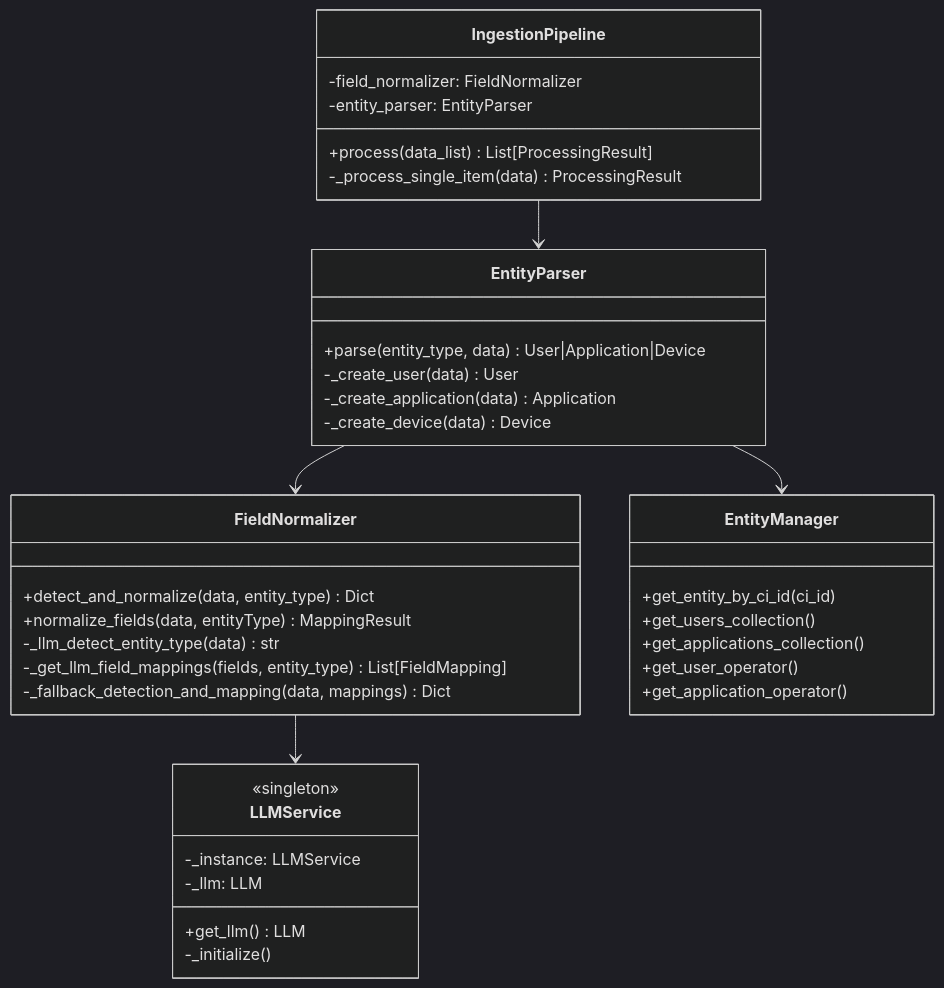
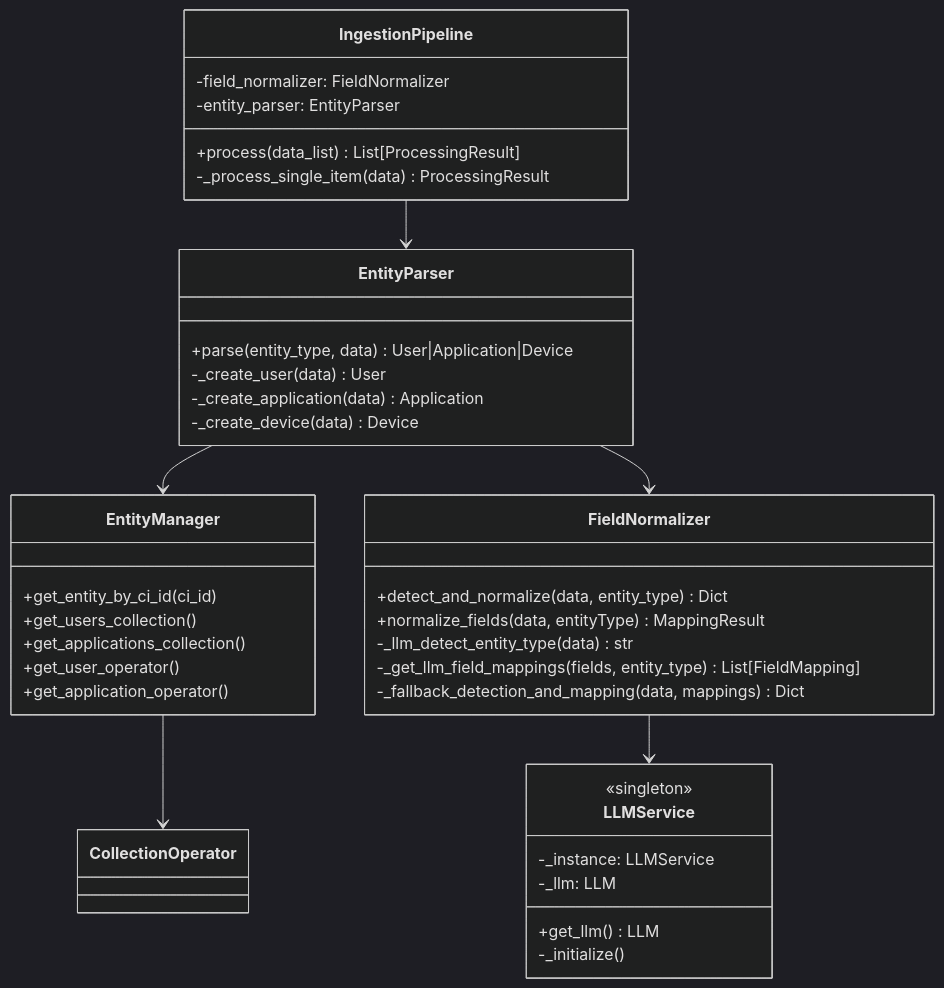
Before and after one commit to scherng/CMDBSvc: the second of 3 diagrams in README.md, drawn with Mermaid (dark theme). The commit also changed other lines of this file and 2 other files, not shown here.

````diff
--- a/README.md
+++ b/README.md
@@ -77,45 +77,46 @@
 ```mermaid
 classDiagram
     class IngestionPipeline {
         -field_normalizer: FieldNormalizer
         -entity_parser: EntityParser
         +process(data_list) List[ProcessingResult]
         -_process_single_item(data) ProcessingResult
     }
 
     class FieldNormalizer {
         +detect_and_normalize(data, entity_type) Dict
         +normalize_fields(data, entityType) MappingResult
         -_llm_detect_entity_type(data) str
         -_get_llm_field_mappings(fields, entity_type) List[FieldMapping]
         -_fallback_detection_and_mapping(data, mappings) Dict
     }
 
     class EntityParser {
         +parse(entity_type, data) User|Application|Device
         -_create_user(data) User
         -_create_application(data) Application
         -_create_device(data) Device
     }
     
     class EntityManager{
         +get_entity_by_ci_id(ci_id)
         +get_users_collection()
         +get_applications_collection()
         +get_user_operator()
         +get_application_operator()
     }
 
     class LLMService {
         <<singleton>>
         -_instance: LLMService
         -_llm: LLM
         +get_llm() LLM
         -_initialize()
     }
 
     IngestionPipeline --> EntityParser
     EntityParser --> EntityManager
+    EntityManager --> CollectionOperator
     EntityParser --> FieldNormalizer
     FieldNormalizer --> LLMService
 ```
````
